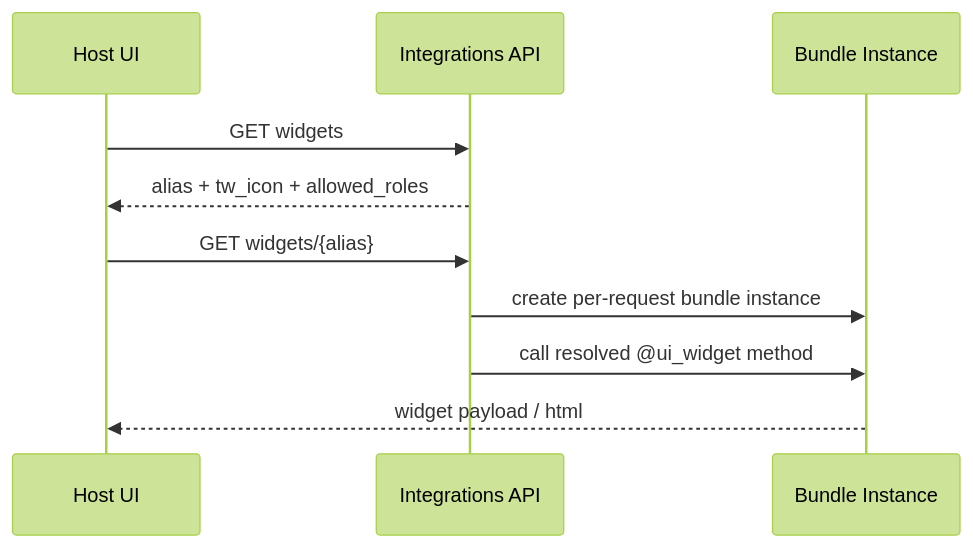
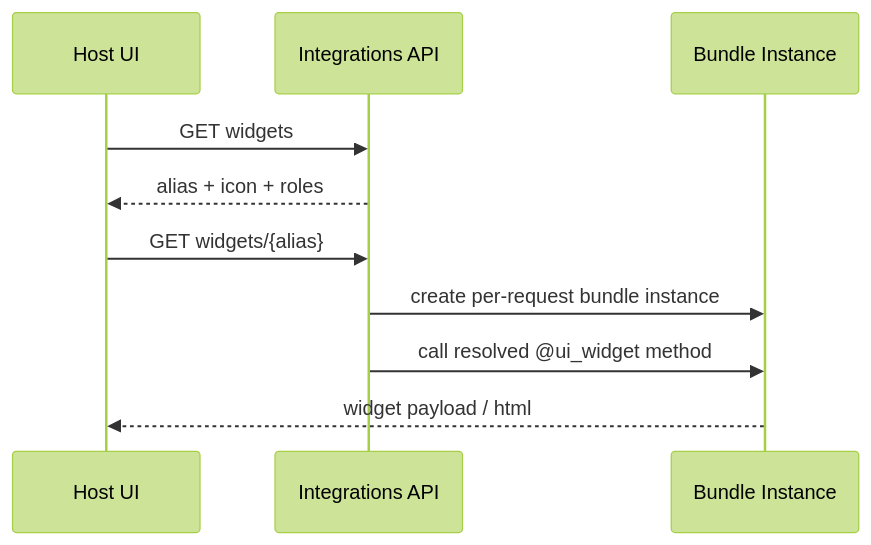
One commit to kdcube/kdcube-ai-app changed the third of 3 diagrams in app/ai-app/docs/sdk/bundle/bundle-platform-integration-README.md. Above: the diagram before and after it, drawn with Mermaid (forest theme). The commit also changed other lines of this file and 8 other files, not shown here.

````diff
--- a/app/ai-app/docs/sdk/bundle/bundle-platform-integration-README.md
+++ b/app/ai-app/docs/sdk/bundle/bundle-platform-integration-README.md
@@ -416,13 +442,13 @@
 ```mermaid
 sequenceDiagram
   participant UI as Host UI
   participant API as Integrations API
   participant B as Bundle Instance
 
   UI->>API: GET widgets
-  API-->>UI: alias + tw_icon + allowed_roles
+  API-->>UI: alias + icon + roles
   UI->>API: GET widgets/{alias}
   API->>B: create per-request bundle instance
   API->>B: call resolved @ui_widget method
   B-->>UI: widget payload / html
 ```
````
